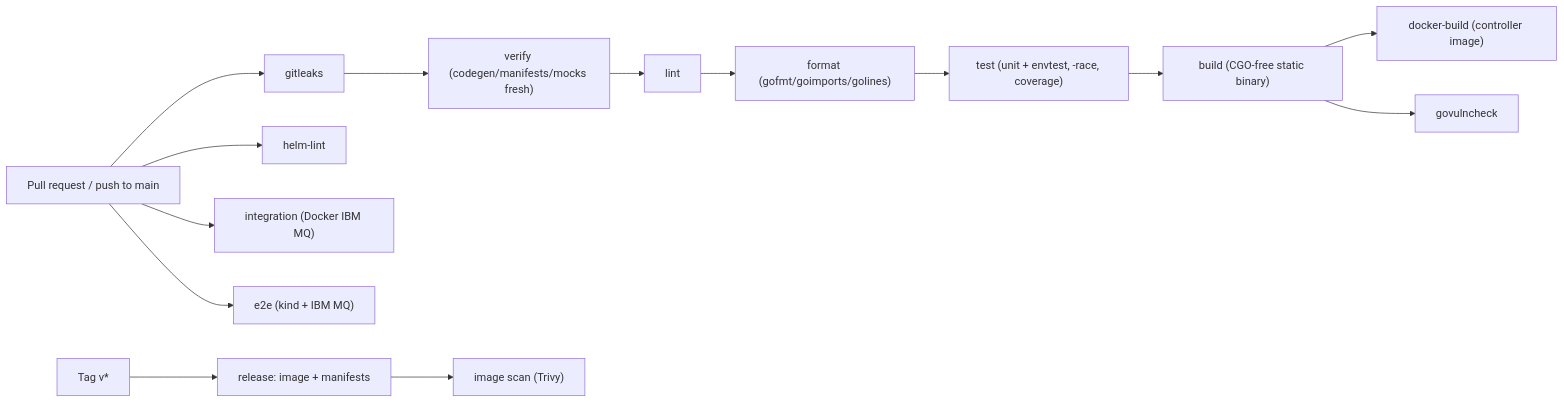
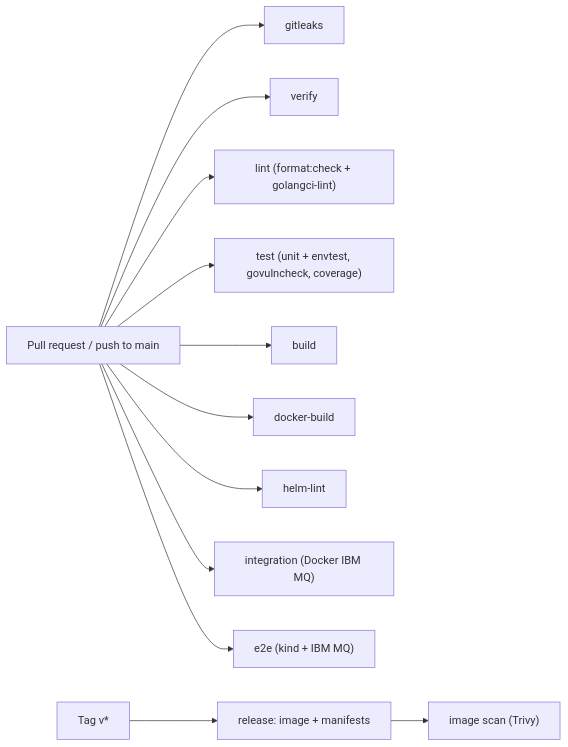
The diagram in docs/CICD.md (PlatformRelay/MKurator), drawn with Mermaid before and after one commit. The commit also changed other lines of this file and 1 other file, not shown here.

````diff
--- a/docs/CICD.md
+++ b/docs/CICD.md
@@ -24,16 +24,16 @@
 ```mermaid
 flowchart LR
   pr["Pull request / push to main"] --> gitleaks
-  gitleaks --> verify
-  verify["verify (codegen/manifests/mocks fresh)"] --> lint
-  lint --> format["format (gofmt/goimports/golines)"]
-  format --> test["test (unit + envtest, -race, coverage)"]
-  test --> build["build (CGO-free static binary)"]
-  build --> docker["docker-build (controller image)"]
-  build --> vuln["govulncheck"]
+  pr --> verify
+  pr --> lint
+  pr --> test
+  pr --> build
+  pr --> docker["docker-build"]
   pr --> helmlint["helm-lint"]
+  lint["lint (format:check + golangci-lint)"]
+  test["test (unit + envtest, govulncheck, coverage)"]
   pr --> integration["integration (Docker IBM MQ)"]
   pr --> e2e["e2e (kind + IBM MQ)"]
   tag["Tag v*"] --> release["release: image + manifests"]
   release --> scan["image scan (Trivy)"]
 ```
````
